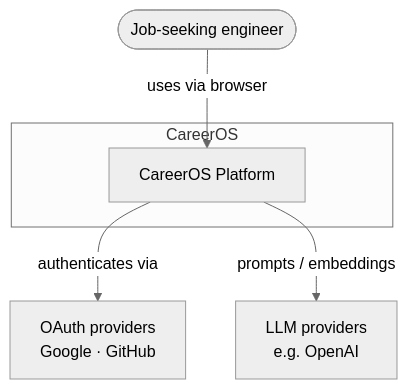
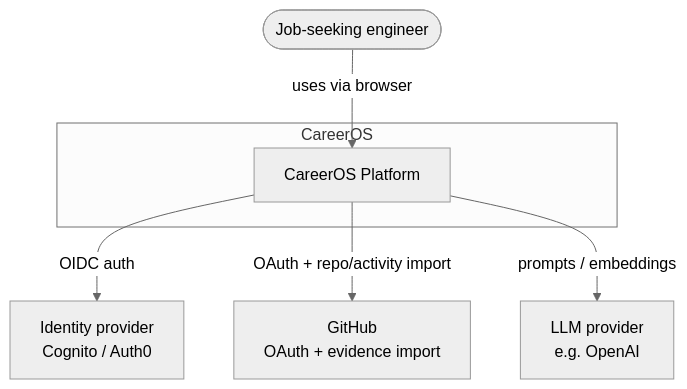
Before and after one commit to mahelet-kassa/CareerOS: the first of 3 diagrams in docs/01-architecture/overview.md, drawn with Mermaid (neutral theme). The commit also changed other lines of this file and 30 other files, not shown here.

````diff
--- a/docs/01-architecture/overview.md
+++ b/docs/01-architecture/overview.md
@@ -35,13 +35,15 @@
 ```mermaid
 graph TB
     user([Job-seeking engineer])
     subgraph CareerOS
         sys[CareerOS Platform]
     end
-    oauth[OAuth providers<br/>Google · GitHub]
-    llm[LLM providers<br/>e.g. OpenAI]
+    idp[Identity provider<br/>Cognito / Auth0]
+    gh[GitHub<br/>OAuth + evidence import]
+    llm[LLM provider<br/>e.g. OpenAI]
 
     user -->|uses via browser| sys
-    sys -->|authenticates via| oauth
+    sys -->|OIDC auth| idp
+    sys -->|OAuth + repo/activity import| gh
     sys -->|prompts / embeddings| llm
 ```
````
